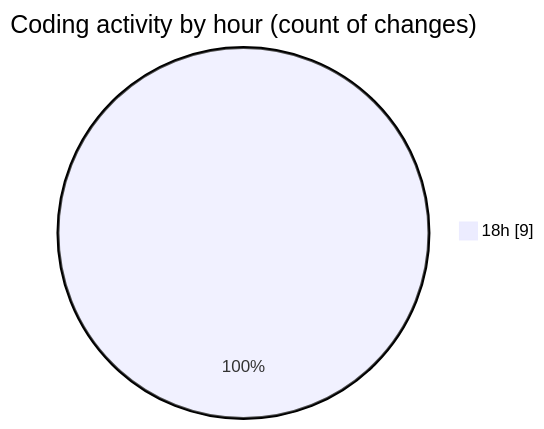
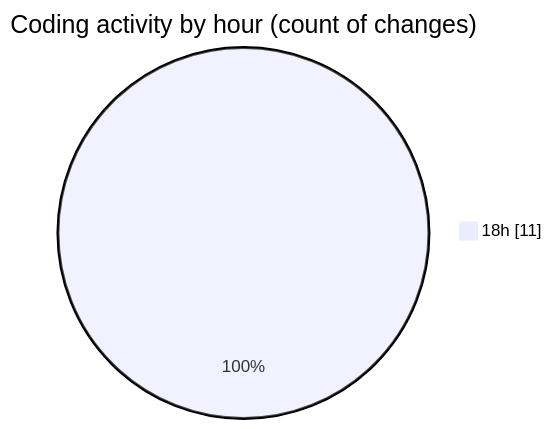
One commit to robertbonfada/code-tracking changed the second of 2 diagrams in 2025-06-22/mosaico-test-3/README.md. Above: the diagram before and after it, drawn with Mermaid. The commit also changed other lines of this file and 1 other file, not shown here.

````diff
--- a/2025-06-22/mosaico-test-3/README.md
+++ b/2025-06-22/mosaico-test-3/README.md
@@ -28,5 +28,5 @@
 ```mermaid
 pie showData
 title Coding activity by hour (count of changes)
-"18h" : 9
+"18h" : 11
 ```
````
